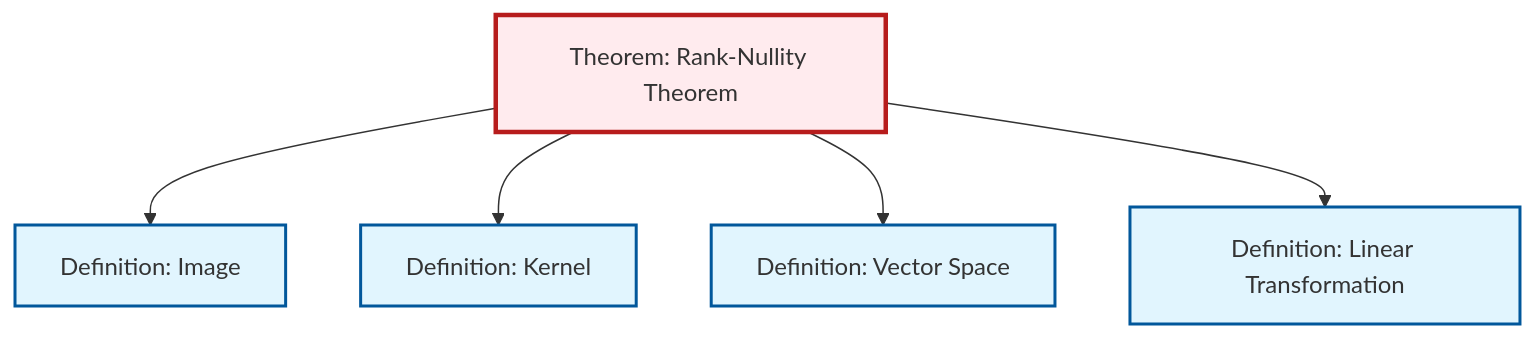
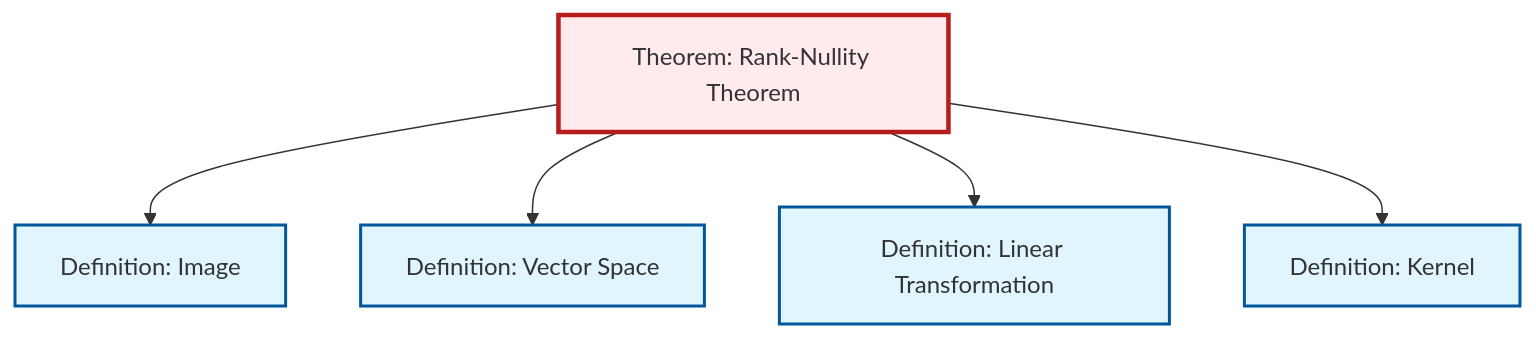
One commit to RK0429/ModernMath changed the diagram in output/mermaid/thm-rank-nullity.mermaid. Above: the diagram before and after it, drawn with Mermaid. The commit also changed other lines of this file and 1198 other files, not shown here.

````diff
--- a/output/mermaid/thm-rank-nullity.mermaid
+++ b/output/mermaid/thm-rank-nullity.mermaid
@@ -1,19 +1,19 @@
 ```{mermaid}
 %%| fig-cap: "Local dependency graph"
 graph TD
     classDef definition fill:#e1f5fe,stroke:#01579b,stroke-width:2px
     classDef theorem fill:#f3e5f5,stroke:#4a148c,stroke-width:2px
     classDef axiom fill:#fff3e0,stroke:#e65100,stroke-width:2px
     classDef example fill:#e8f5e9,stroke:#1b5e20,stroke-width:2px
     classDef current fill:#ffebee,stroke:#b71c1c,stroke-width:3px
+    def-kernel["Definition: Kernel"]:::definition
     def-vector-space["Definition: Vector Space"]:::definition
-    def-kernel["Definition: Kernel"]:::definition
     thm-rank-nullity["Theorem: Rank-Nullity Theorem"]:::theorem
+    def-linear-transformation["Definition: Linear Transformation"]:::definition
     def-image["Definition: Image"]:::definition
-    def-linear-transformation["Definition: Linear Transformation"]:::definition
     thm-rank-nullity --> def-image
-    thm-rank-nullity --> def-kernel
     thm-rank-nullity --> def-vector-space
     thm-rank-nullity --> def-linear-transformation
+    thm-rank-nullity --> def-kernel
     class thm-rank-nullity current
 ```
````
